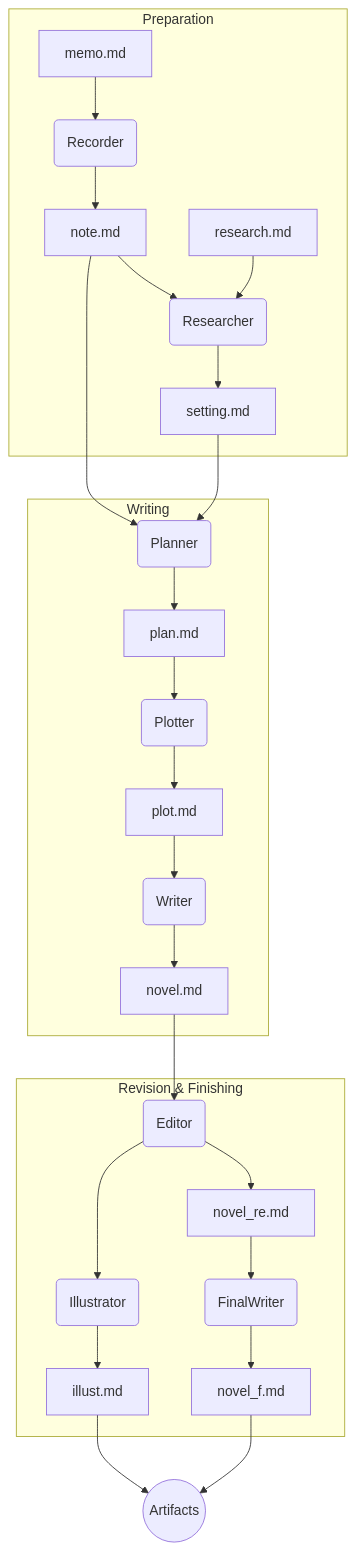
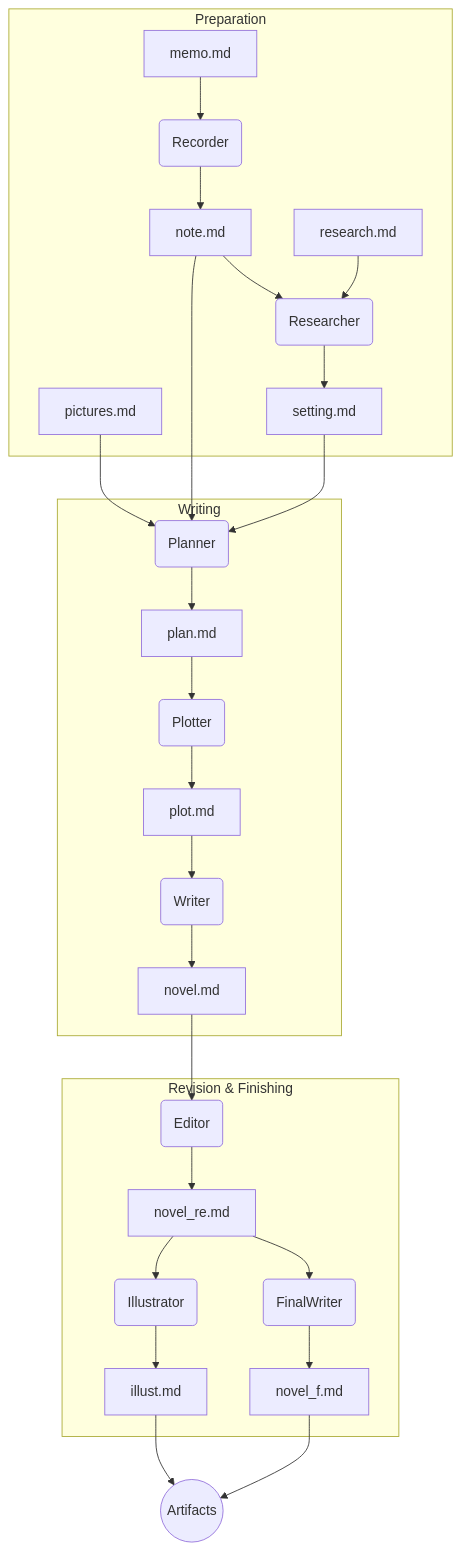
Before and after one commit to yomai-hiyashidewa/novel_workflow: the second of 2 diagrams in README.md, drawn with Mermaid. The commit also changed other lines of this file, not shown here.

````diff
--- a/README.md
+++ b/README.md
@@ -57,29 +70,30 @@
 ```mermaid
 graph TD
     subgraph "Preparation"
         A[memo.md] --> B(Recorder);
         B --> C[note.md];
-        D[research.md] & C --> E(Researcher);
-        E --> F[setting.md];
+        E[pictures.md];
+        D[research.md] & C --> F(Researcher);
+        F --> G[setting.md];
     end
 
     subgraph "Writing"
-        C & F --> G(Planner);
-        G --> H[plan.md];
-        H --> I(Plotter);
-        I --> J[plot.md];
-        J --> K(Writer);
-        K --> L[novel.md];
+        C & E & G --> H(Planner);
+        H --> I[plan.md];
+        I --> J(Plotter);
+        J --> K[plot.md];
+        K --> L(Writer);
+        L --> M[novel.md];
     end
 
     subgraph "Revision & Finishing"
-        L --> M(Editor);
-        M --> N[novel_re.md];
-        N --> O(FinalWriter);
-        O --> P[novel_f.md];
-        M --> Q(Illustrator);
-        Q --> R[illust.md];
+        M --> N(Editor);
+        N --> O[novel_re.md];
+        O --> P(FinalWriter);
+        P --> Q[novel_f.md];
+        O --> R(Illustrator);
+        R --> S[illust.md];
     end
 
-    P & R --> S((Artifacts));
+    Q & S --> T((Artifacts));
 ```
````
